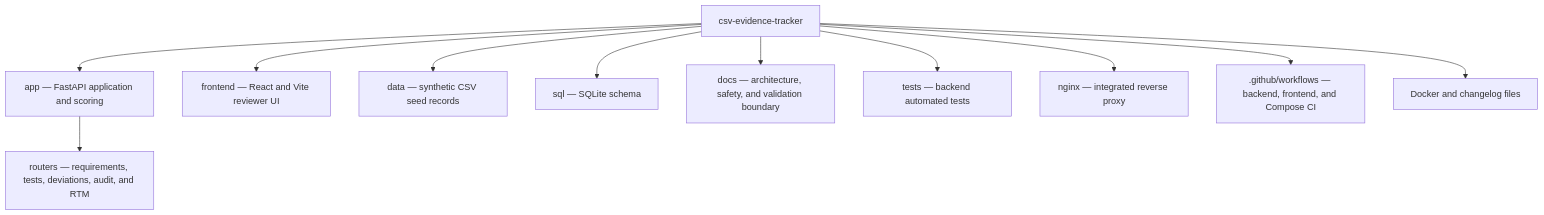
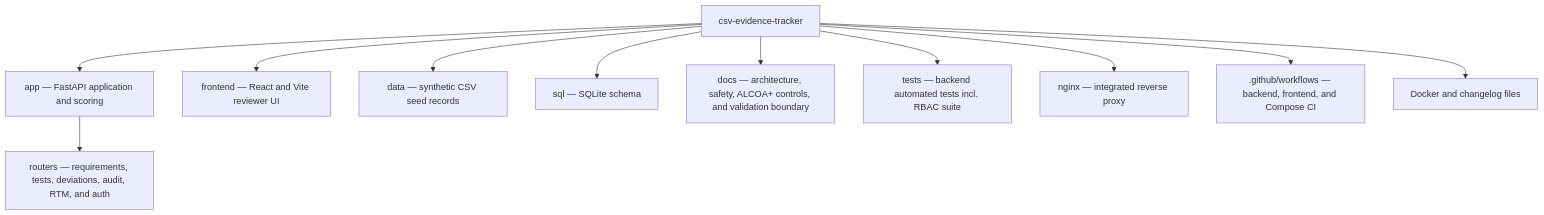
Before and after one commit to alianisreyesr/csv-evidence-tracker: the third of 3 diagrams in README.md, drawn with Mermaid. The commit also changed other lines of this file, not shown here.

First line of the commit message:
docs(readme): add RBAC auth section and update API surface table

````diff
--- a/README.md
+++ b/README.md
@@ -180,14 +198,14 @@
 ```mermaid
 flowchart TB
   R["csv-evidence-tracker"]
   R --> A["app — FastAPI application and scoring"]
-  A --> AR["routers — requirements, tests, deviations, audit, and RTM"]
+  A --> AR["routers — requirements, tests, deviations, audit, RTM, and auth"]
   R --> F["frontend — React and Vite reviewer UI"]
   R --> D["data — synthetic CSV seed records"]
   R --> S["sql — SQLite schema"]
-  R --> O["docs — architecture, safety, and validation boundary"]
-  R --> T["tests — backend automated tests"]
+  R --> O["docs — architecture, safety, ALCOA+ controls, and validation boundary"]
+  R --> T["tests — backend automated tests incl. RBAC suite"]
   R --> N["nginx — integrated reverse proxy"]
   R --> G[".github/workflows — backend, frontend, and Compose CI"]
   R --> P["Docker and changelog files"]
 ```
````
